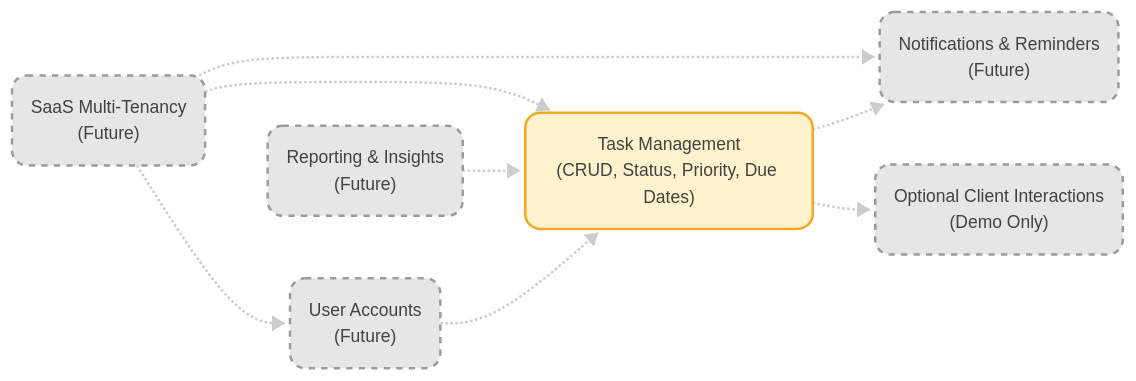
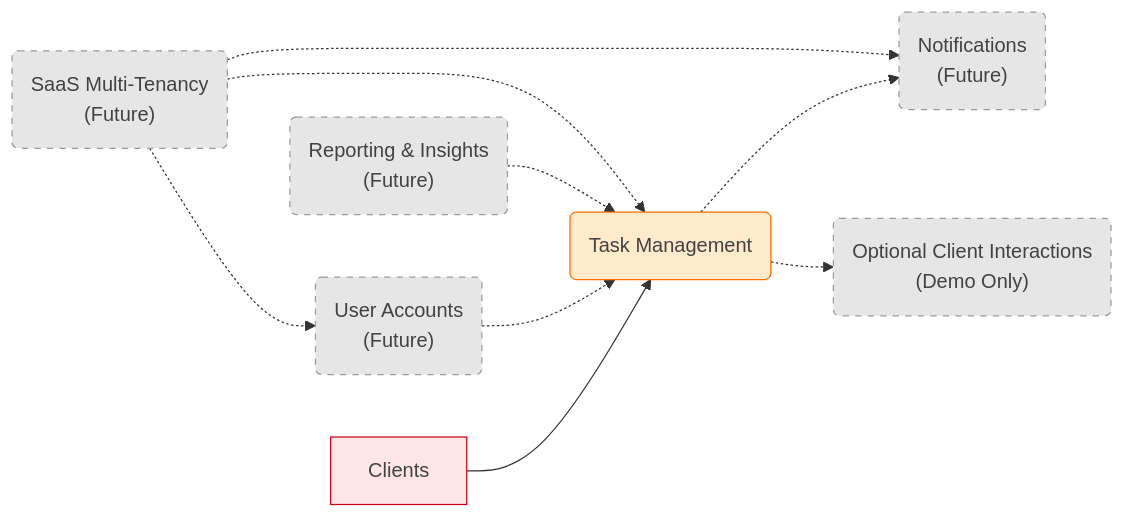
Before and after one commit to occamarazor/scratch: the diagram in docs/architecture/diagrams/scratch-executive.mmd, drawn with Mermaid. The commit also changed 5 other files, not shown here.

Commit message:
Docs: architecture diagrams updated

```diff
--- a/docs/architecture/diagrams/scratch-executive.mmd
+++ b/docs/architecture/diagrams/scratch-executive.mmd
@@ -1,32 +1,38 @@
----
-config:
-  theme: redux-dark
-  look: neo
-  layout: dagre
----
+%% =========================
+%% Executive View — Capabilities (Temporal)
+%% =========================
 flowchart LR
-    Tasks["Task Management<br>(CRUD, Status, Priority, Due Dates)"]
+    Clients["Clients"]
+
+    Tasks["Task Management"]
     Users["User Accounts<br>(Future)"]
-    Notifications["Notifications & Reminders<br>(Future)"]
+    Notifications["Notifications<br>(Future)"]
     Gestures["Optional Client Interactions<br>(Demo Only)"]
     Reports["Reporting & Insights<br>(Future)"]
     Saas["SaaS Multi-Tenancy<br>(Future)"]
 
+    Clients --> Tasks
     Users -.-> Tasks
     Tasks -.-> Notifications
     Tasks -.-> Gestures
     Reports -.-> Tasks
     Saas -.-> Users & Tasks & Notifications
 
+    %% Shapes
+    Clients@{ shape: rect }
     Tasks@{ shape: rounded }
     Users@{ shape: rounded }
     Notifications@{ shape: rounded }
     Gestures@{ shape: rounded }
     Reports@{ shape: rounded }
     Saas@{ shape: rounded }
 
-    classDef domain fill:#fff2cc,stroke:#f5a623,color:#424242
-    classDef future fill:#e6e6e6,stroke:#9b9b9b,color:#424242,stroke-dasharray: 5 5
-    
-    class Tasks domain
+    %% Classes
+    class Clients clients
+    class Tasks app
     class Users,Notifications,Gestures,Reports,Saas future
+
+    %% Palette (Authoritative)
+    classDef clients fill:#ffe6e6,stroke:#d0021b,color:#424242;
+    classDef app fill:#ffeacc,stroke:#ff6d00,color:#424242;
+    classDef future fill:#e6e6e6,stroke:#9b9b9b,color:#424242,stroke-dasharray: 5 5;
```
